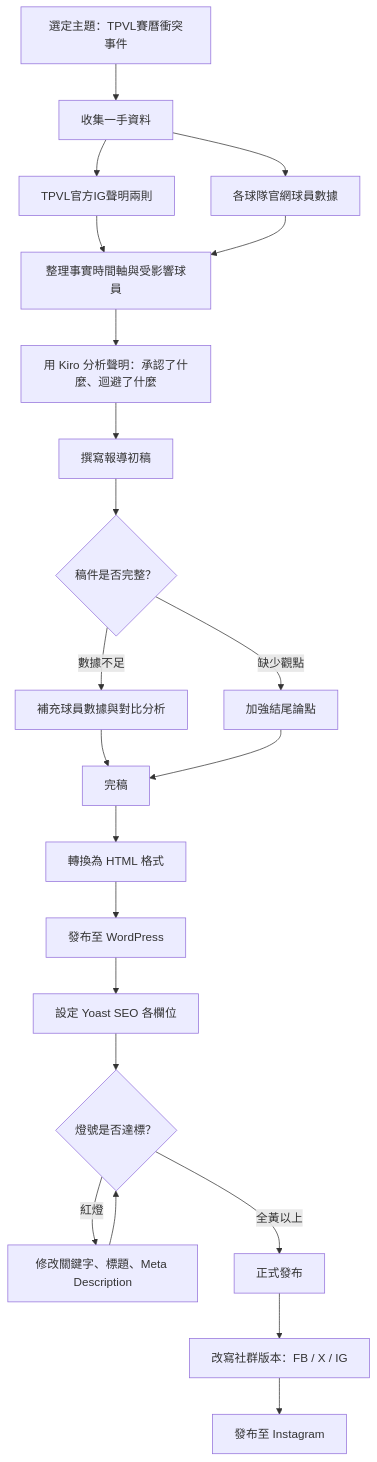
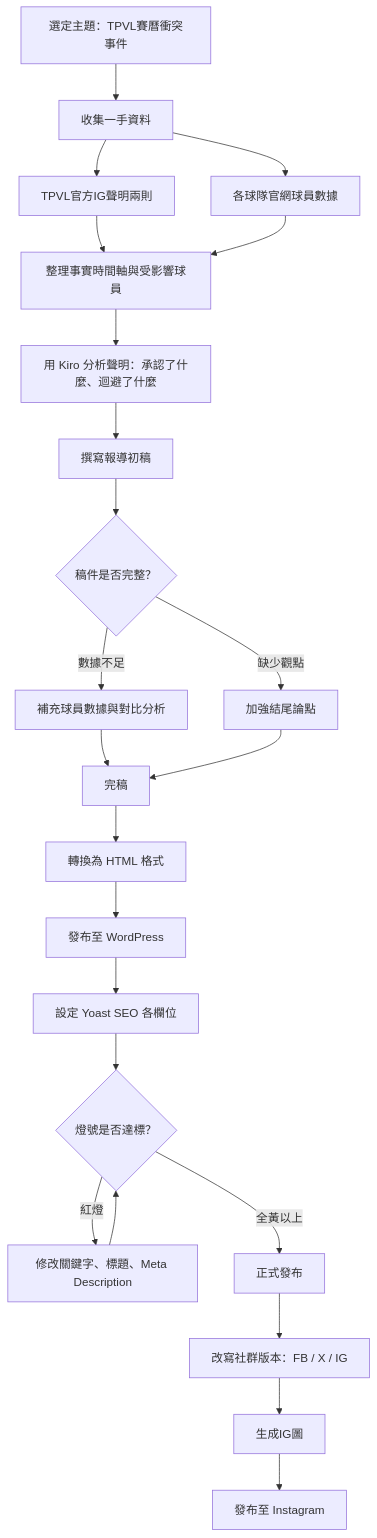
One commit to a113010005-prog/tpvl-final-project changed the diagram in README.md. Above: the diagram before and after it, drawn with Mermaid.

Commit message:
[fix]修正流程圖

````diff
--- a/README.md
+++ b/README.md
@@ -31,24 +31,25 @@
 ```mermaid
 flowchart TD
     A[選定主題：TPVL賽曆衝突事件] --> B[收集一手資料]
     B --> B1[TPVL官方IG聲明兩則]
     B --> B2[各球隊官網球員數據]
     B1 --> C[整理事實時間軸與受影響球員]
     B2 --> C
     C --> D[用 Kiro 分析聲明：承認了什麼、迴避了什麼]
     D --> E[撰寫報導初稿]
     E --> F{稿件是否完整？}
     F -->|數據不足| G[補充球員數據與對比分析]
     F -->|缺少觀點| H[加強結尾論點]
     G --> I[完稿]
     H --> I
     I --> J[轉換為 HTML 格式]
     J --> K[發布至 WordPress]
     K --> L[設定 Yoast SEO 各欄位]
     L --> M{燈號是否達標？}
     M -->|紅燈| N[修改關鍵字、標題、Meta Description]
     N --> M
     M -->|全黃以上| O[正式發布]
     O --> P[改寫社群版本：FB / X / IG]
-    P --> Q[發布至 Instagram]
+    P --> Q[生成IG圖]
+    Q --> R[發布至 Instagram]
 ```
````
